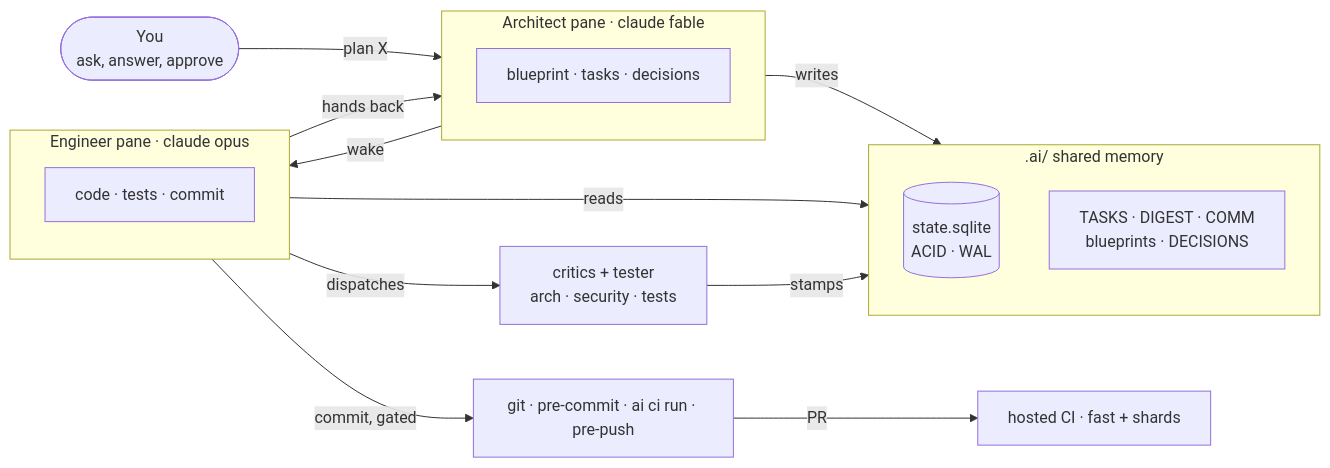
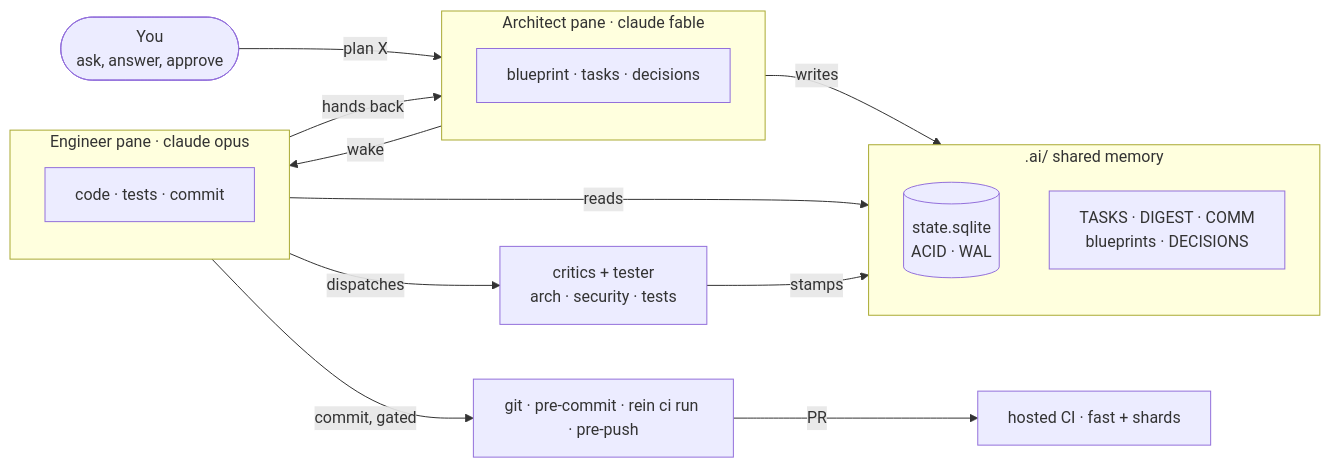
One commit to Vimurai/rein changed the first of 4 diagrams in .ai/blueprints/readme.md. Above: the diagram before and after it, drawn with Mermaid. The commit also changed other lines of this file and 49 other files, not shown here.

First line of the commit message:
[TIER_3] docs(.ai): E-391 the command and skill names in the live blueprints and architect.md (D-132 addendum 2 r7)

````diff
--- a/.ai/blueprints/readme.md
+++ b/.ai/blueprints/readme.md
@@ -55,24 +55,24 @@
 ```mermaid
 flowchart LR
     You(["You<br/>ask, answer, approve"])
     subgraph A["Architect pane · claude fable"]
         A1["blueprint · tasks · decisions"]
     end
     subgraph E["Engineer pane · claude opus"]
         E1["code · tests · commit"]
     end
     subgraph M[".ai/ shared memory"]
         M1[("state.sqlite<br/>ACID · WAL")]
         M2["TASKS · DIGEST · COMM<br/>blueprints · DECISIONS"]
     end
     C["critics + tester<br/>arch · security · tests"]
     You -->|"plan X"| A
     A -->|"writes"| M
     A -->|"wake"| E
     E -->|"reads"| M
     E -->|"dispatches"| C
     C -->|"stamps"| M
     E -->|"hands back"| A
-    E -->|"commit, gated"| G["git · pre-commit · ai ci run · pre-push"]
+    E -->|"commit, gated"| G["git · pre-commit · rein ci run · pre-push"]
     G -->|"PR"| H["hosted CI · fast + shards"]
 ```
````
